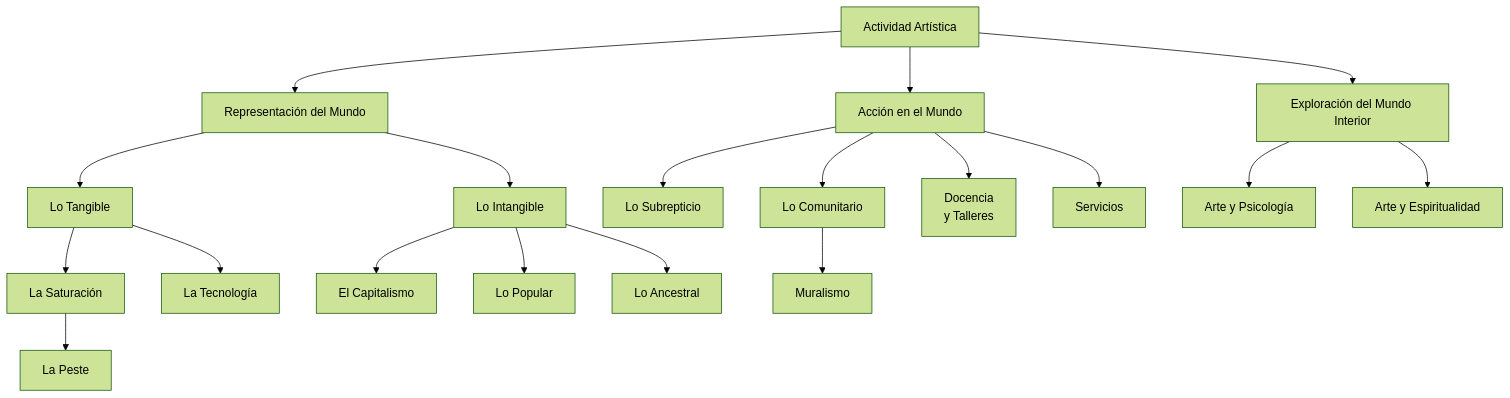
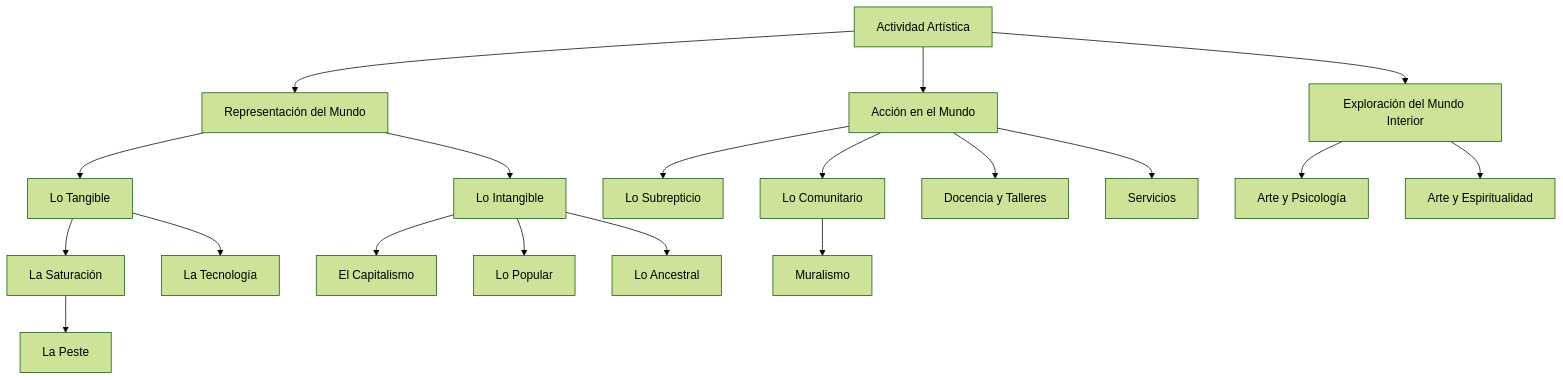
The diagram in ES/index.md (EGGS-Artesvisuales/EGGS-Artesvisuales.github.io), drawn with Mermaid (forest theme) before and after one commit. The commit also changed other lines of this file, not shown here.

```diff
--- a/ES/index.md
+++ b/ES/index.md
@@ -17,56 +17,55 @@
 <div class="mermaid">
 graph TD
   AA[Actividad Artística]
   AA --> A[Representación del Mundo]
   AA --> B[Acción en el Mundo]
   AA --> C[Exploración del Mundo Interior]
 
   %% Representación del Mundo
   A --> A1[Lo Tangible]
   A --> A2[Lo Intangible]
 
   A1 --> A1a[La Saturación]
   A1a --> A1a1[La Peste]
 
   A1 --> A1b[La Tecnología]
 
   A2 --> A2a[El Capitalismo]
   A2 --> A2b[Lo Popular]
   A2 --> A2c[Lo Ancestral]
 
   %% Acción en el Mundo
   B --> B1[Lo Subrepticio]
   B --> B2[Lo Comunitario]
   B2 --> B2a[Muralismo]
-  B --> B3[Docencia 
-y Talleres]
+  B --> B3[Docencia y Talleres]
   B --> B4[Servicios]
 
   %% Exploración del Mundo Interior
   C --> C1[Arte y Psicología]
   C --> C2[Arte y Espiritualidad]
 
-  %% Click commands para Representación del Mundo
-  click A "mundo-exterior.html" "Ir a Representación del Mundo"
-  click A1 "tangible.html" "Ir a Lo Tangible"
-  click A1a "/la-saturacion.html" "Ir a La Saturación"
-  click A1a1 "/la-peste.html" "Ir a La Peste"
-  click A1b "/la-tecnologia.html" "Ir a La Tecnología"
-  click A2 "intangible.html" "Ir a Lo Intangible"
-  click A2a "/el-capitalismo.html" "Ir a El Capitalismo"
-  click A2b "/lo-popular.html" "Ir a Lo Popular"
-  click A2c "/lo-ancestral.html" "Ir a Lo Ancestral"
+  %% Click commands Representación del Mundo
+  click A "/Es/mundo-exterior.html" "Ir a Representación del Mundo"
+  click A1 "/Es/tangible.html" "Ir a Lo Tangible"
+  click A1a "/Es/la-saturacion.html" "Ir a La Saturación"
+  click A1a1 "/Es/la-peste.html" "Ir a La Peste"
+  click A1b "/Es/la-tecnologia.html" "Ir a La Tecnología"
+  click A2 "/Es/intangible.html" "Ir a Lo Intangible"
+  click A2a "/Es/el-capitalismo.html" "Ir a El Capitalismo"
+  click A2b "/Es/lo-popular.html" "Ir a Lo Popular"
+  click A2c "/Es/lo-ancestral.html" "Ir a Lo Ancestral"
 
-  %% Click commands para Acción en el Mundo
-  click B "/accion.html" "Ir a Acción en el Mundo"
-  click B1 "subrepticio.html" "Ir a Lo Subrepticio"
-  click B2 "comunitario.html" "Ir a Lo Comunitario"
-  click B2a "/muralismo.html" "Ir a Muralismo"
-  click B3 "docencia.html" "Ir a Docencia y Talleres"
-  click B4 "servicios.html" "Ir a Servicios"
+  %% Click commands Acción en el Mundo
+  click B "/Es/accion.html" "Ir a Acción en el Mundo"
+  click B1 "/Es/subrepticio.html" "Ir a Lo Subrepticio"
+  click B2 "/Es/comunitario.html" "Ir a Lo Comunitario"
+  click B2a "/Es/muralismo.html" "Ir a Muralismo"
+  click B3 "/Es/docencia.html" "Ir a Docencia y Talleres"
+  click B4 "/Es/servicios.html" "Ir a Servicios"
 
-  %% Click commands para Exploración del Mundo Interior
-  click C "/interior.html" "Ir a Exploración del Mundo Interior"
-  click C1 "/arte-y-psicologia.html" "Ir a Arte y Psicología"
-  click C2 "/arte-y-espiritualidad.html" "Ir a Arte y Espiritualidad"
+  %% Click commands Mundo Interior
+  click C "/Es/interior.html" "Ir a Exploración del Mundo Interior"
+  click C1 "/Es/arte-y-psicologia.html" "Ir a Arte y Psicología"
+  click C2 "/Es/arte-y-espiritualidad.html" "Ir a Arte y Espiritualidad"
 </div>
```
